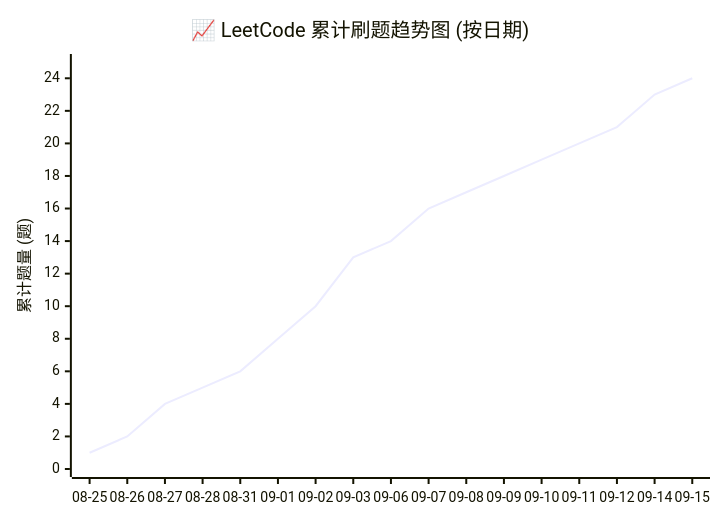
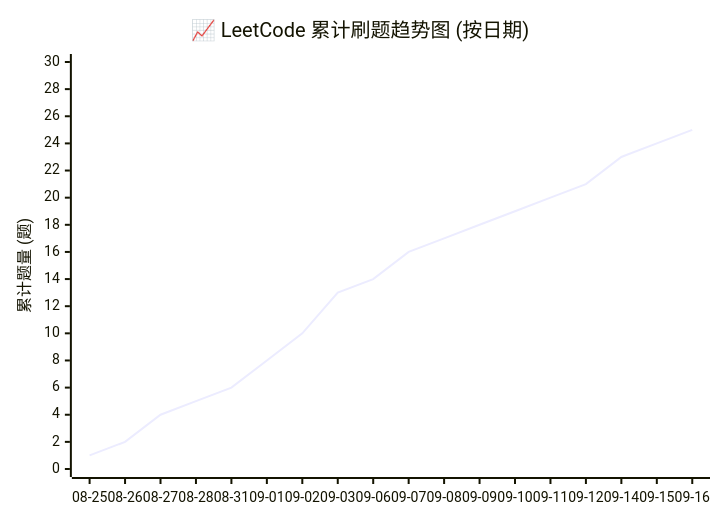
Before and after one commit to hexinbyte/LeetCode-Journey: the diagram in README.md, drawn with Mermaid. The commit also changed other lines of this file and 2 other files, not shown here.

Commit message:
新增最小覆盖子串题目解决方案

````diff
--- a/README.md
+++ b/README.md
@@ -16,7 +16,7 @@
 ```mermaid
 xychart-beta
     title "📈 LeetCode 累计刷题趋势图 (按日期)"
-    x-axis ["08-25", "08-26", "08-27", "08-28", "08-31", "09-01", "09-02", "09-03", "09-06", "09-07", "09-08", "09-09", "09-10", "09-11", "09-12", "09-14", "09-15"]
-    y-axis "累计题量 (题)" 0 --> 25
-    line [1, 2, 4, 5, 6, 8, 10, 13, 14, 16, 17, 18, 19, 20, 21, 23, 24]
+    x-axis ["08-25", "08-26", "08-27", "08-28", "08-31", "09-01", "09-02", "09-03", "09-06", "09-07", "09-08", "09-09", "09-10", "09-11", "09-12", "09-14", "09-15", "09-16"]
+    y-axis "累计题量 (题)" 0 --> 30
+    line [1, 2, 4, 5, 6, 8, 10, 13, 14, 16, 17, 18, 19, 20, 21, 23, 24, 25]
 ```
````
